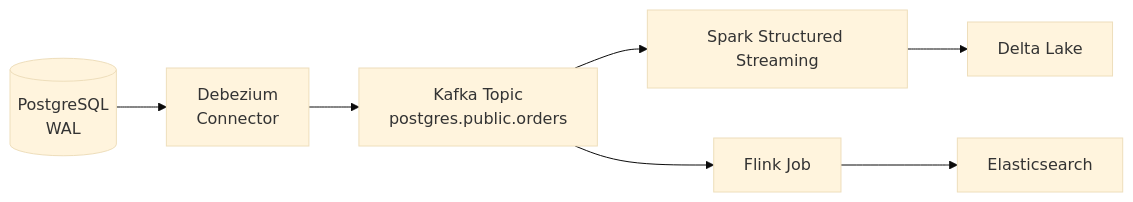
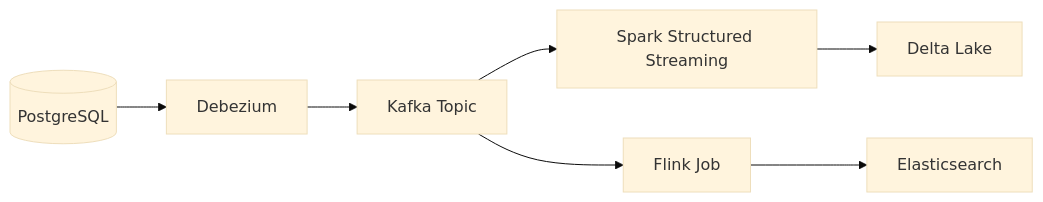
Before and after one commit to gcmishra7/data-engineering-helper: the diagram in 02-streaming-fundamentals/06-cdc-concepts.md, drawn with Mermaid (base theme). The commit also changed other lines of this file and 57 other files, not shown here.

First line of the commit message:
Shorten mermaid node labels to fix text truncation on GitHub

````diff
--- a/02-streaming-fundamentals/06-cdc-concepts.md
+++ b/02-streaming-fundamentals/06-cdc-concepts.md
@@ -11,9 +11,9 @@
 ```mermaid
 graph LR
-    DB[(PostgreSQL<br/>WAL)] --> D[Debezium<br/>Connector]
-    D --> K[Kafka Topic<br/>postgres.public.orders]
+    DB[(PostgreSQL)] --> D[Debezium]
+    D --> K[Kafka Topic]
     K --> S[Spark Structured Streaming]
     K --> F[Flink Job]
     S --> DL[Delta Lake]
     F --> ES[Elasticsearch]
 ```
````
